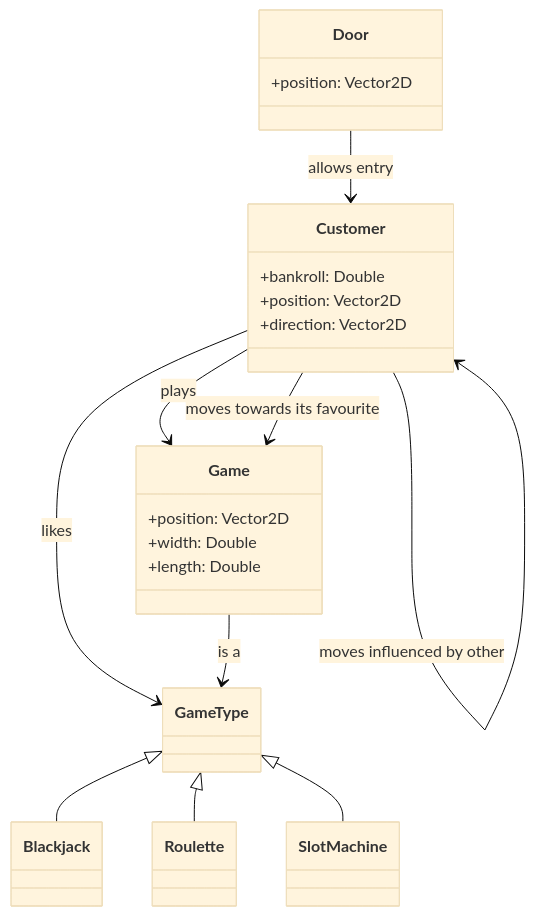
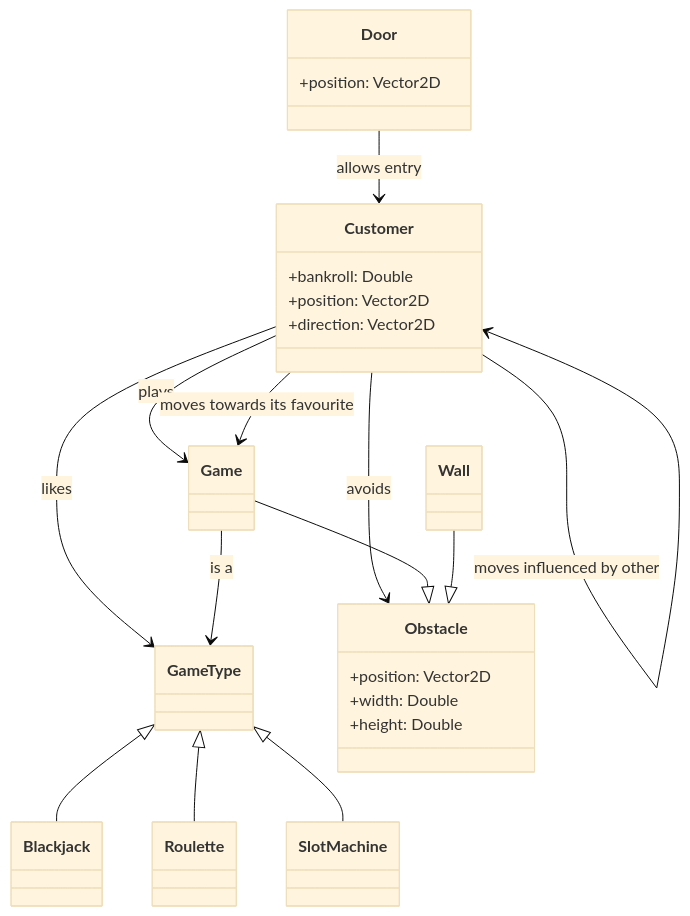
The first of 9 diagrams in docs/report.md (NickGhignatti/casimo), drawn with Mermaid (base theme) before and after one commit. The commit also changed other lines of this file, not shown here.

Commit message:
📝 Document walls interaction with the customer

````diff
--- a/docs/report.md
+++ b/docs/report.md
@@ -55,27 +55,31 @@
 ```mermaid
 classDiagram
 class Customer {
   +bankroll: Double
   +position: Vector2D
   +direction: Vector2D
-}
-class Game {
- +position: Vector2D
- +width: Double
- +length: Double
 }
 GameType <|-- Blackjack
 GameType <|-- Roulette
 GameType <|-- SlotMachine
 
 class Door {
   +position: Vector2D
 }
 
+class Obstacle {
+    +position: Vector2D
+    +width: Double
+    +height: Double
+}
+
 Door --> Customer : allows entry
 Customer --> Game : plays
 Customer  --> Customer : moves influenced by other
 Customer --> GameType : likes
 Game --> GameType : is a
 Customer --> Game : moves towards its favourite
+Customer --> Obstacle : avoids
+Game --|> Obstacle
+Wall --|> Obstacle
 ```
````
